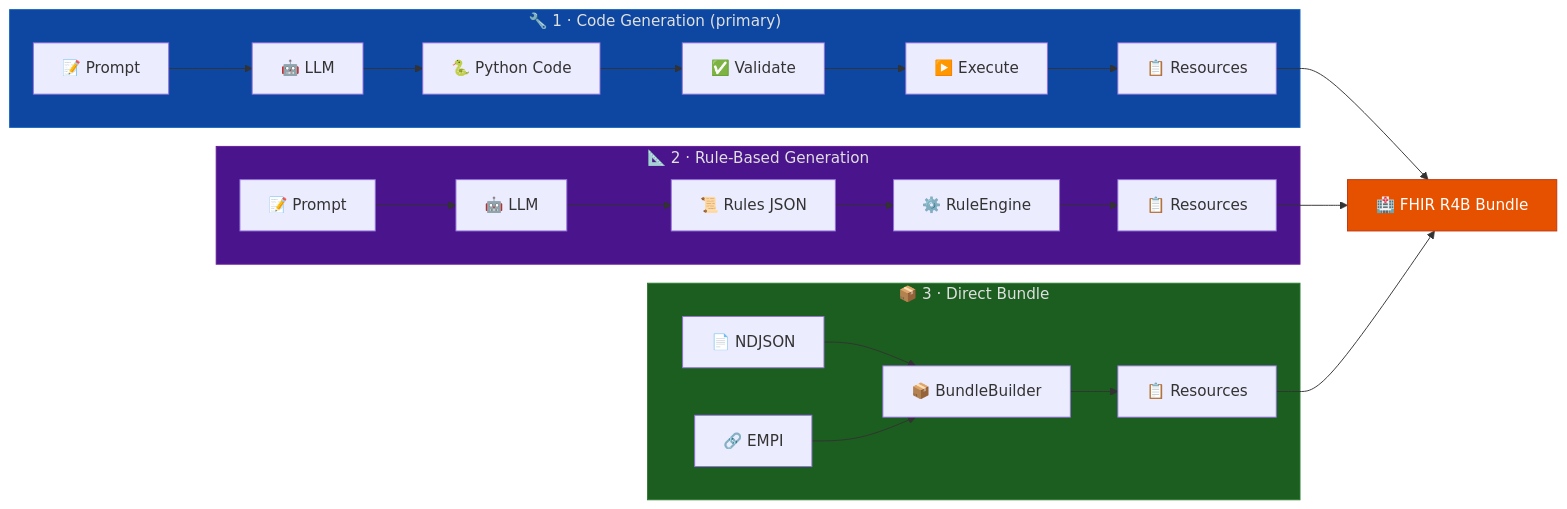
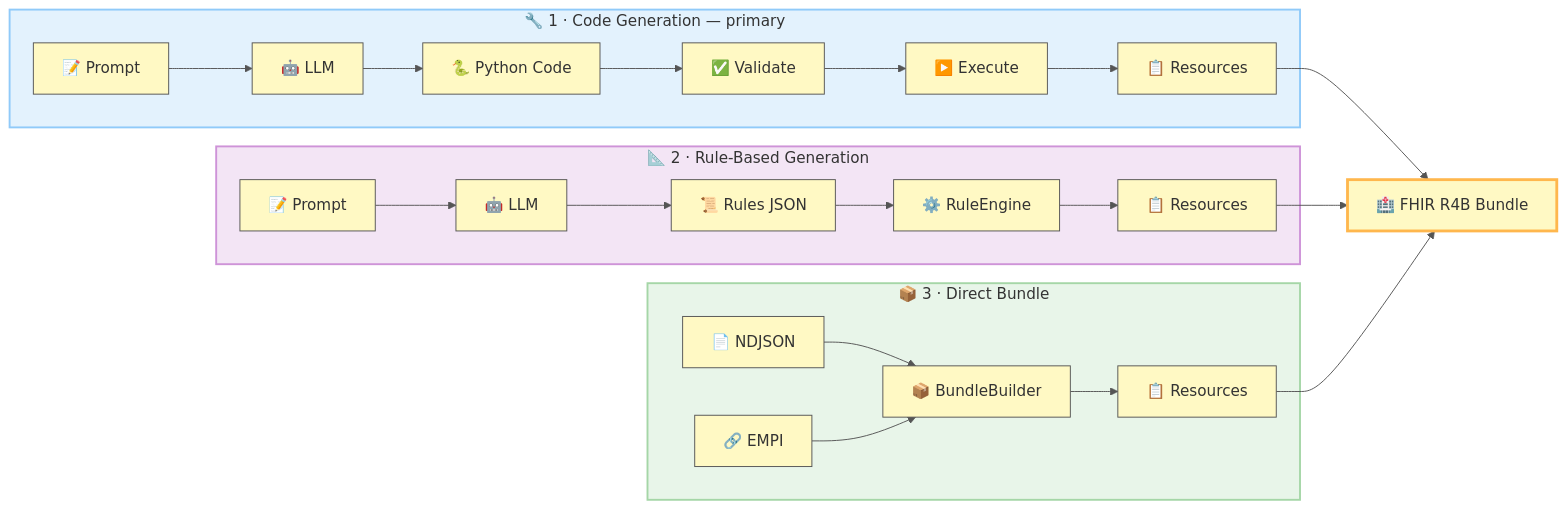
One commit to alvinhenrick/fhir-synth changed the third of 10 diagrams in ARCHITECTURE.md. Above: the diagram before and after it, drawn with Mermaid. The commit also changed other lines of this file, not shown here.

Commit message:
refactor architecture documentation; enhance clarity and update visual elements for better understanding

````diff
--- a/ARCHITECTURE.md
+++ b/ARCHITECTURE.md
@@ -91,28 +114,33 @@
 ```mermaid
+%%{init: {'theme': 'base', 'themeVariables': {'primaryColor': '#fff9c4', 'primaryTextColor': '#333', 'primaryBorderColor': '#555', 'lineColor': '#555', 'fontFamily': 'Comic Sans MS, cursive, sans-serif'}}}%%
 graph LR
-    subgraph W1["🔧 1 · Code Generation (primary)"]
+    subgraph W1["🔧 1 · Code Generation — primary"]
         P1["📝 Prompt"] --> LLM1["🤖 LLM"]
         LLM1 --> CODE["🐍 Python Code"]
         CODE --> VAL["✅ Validate"]
         VAL --> EXEC["▶️ Execute"]
         EXEC --> RES1["📋 Resources"]
     end
+
     subgraph W2["📐 2 · Rule-Based Generation"]
         P2["📝 Prompt"] --> LLM2["🤖 LLM"]
         LLM2 --> RULES["📜 Rules JSON"]
         RULES --> RENG["⚙️ RuleEngine"]
         RENG --> RES2["📋 Resources"]
     end
+
     subgraph W3["📦 3 · Direct Bundle"]
         NDJSON["📄 NDJSON"] --> BB2["📦 BundleBuilder"]
         EMPI["🔗 EMPI"] --> BB2
         BB2 --> RES3["📋 Resources"]
     end
+
     RES1 --> BUNDLE["🏥 FHIR R4B Bundle"]
     RES2 --> BUNDLE
     RES3 --> BUNDLE
-    style W1 fill:#0d47a1,stroke:#1565c0,color:#e0e0e0
-    style W2 fill:#4a148c,stroke:#6a1b9a,color:#e0e0e0
-    style W3 fill:#1b5e20,stroke:#2e7d32,color:#e0e0e0
-    style BUNDLE fill:#e65100,stroke:#bf360c,color:#fff
+
+    style W1 fill:#e3f2fd,stroke:#90caf9,color:#333,stroke-width:2px
+    style W2 fill:#f3e5f5,stroke:#ce93d8,color:#333,stroke-width:2px
+    style W3 fill:#e8f5e9,stroke:#a5d6a7,color:#333,stroke-width:2px
+    style BUNDLE fill:#fff9c4,stroke:#ffb74d,color:#333,stroke-width:3px
 ```
````
